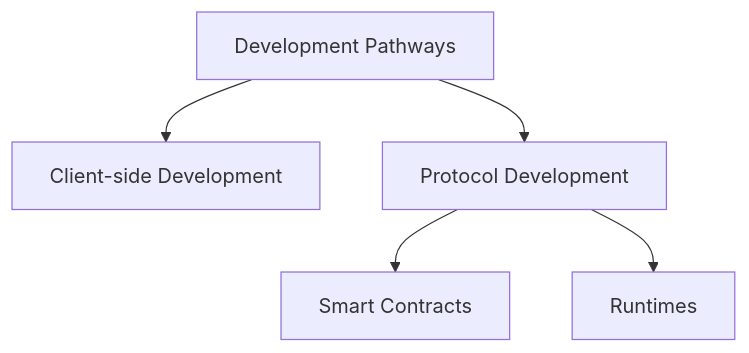
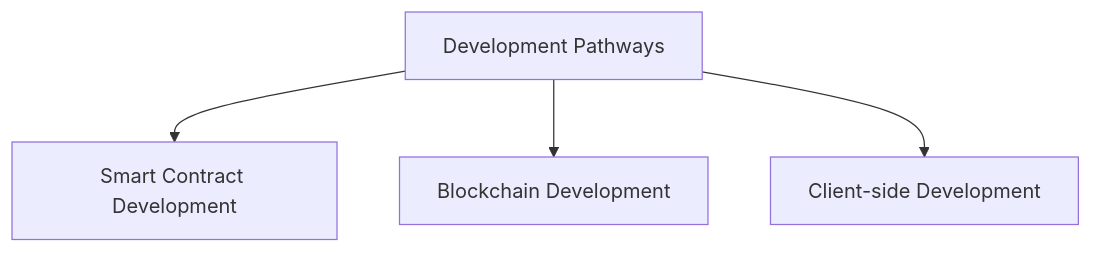
The diagram in develop/development-pathways/index.md (polkadot-developers/polkadot-docs), drawn with Mermaid before and after one commit. The commit also changed other lines of this file, not shown here.

````diff
--- a/develop/development-pathways/index.md
+++ b/develop/development-pathways/index.md
@@ -18,8 +14,7 @@
 ```mermaid
 graph TD
     A[Development Pathways]
-    A --> B[Client-side Development]
-    A --> C[Protocol Development]
-    C --> D[Smart Contracts]
-    C --> E[Runtimes]
+    A --> B[Smart Contract Development]
+    A --> C[Blockchain Development]
+    A --> D[Client-side Development]
 ```
````
